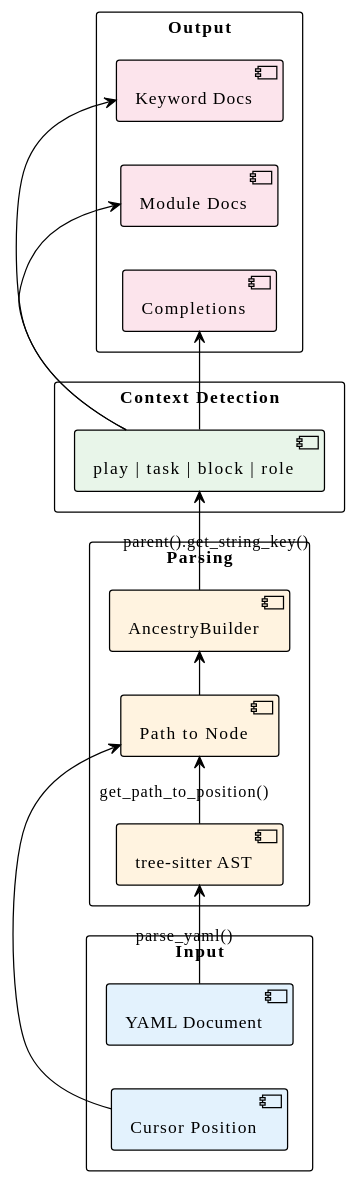
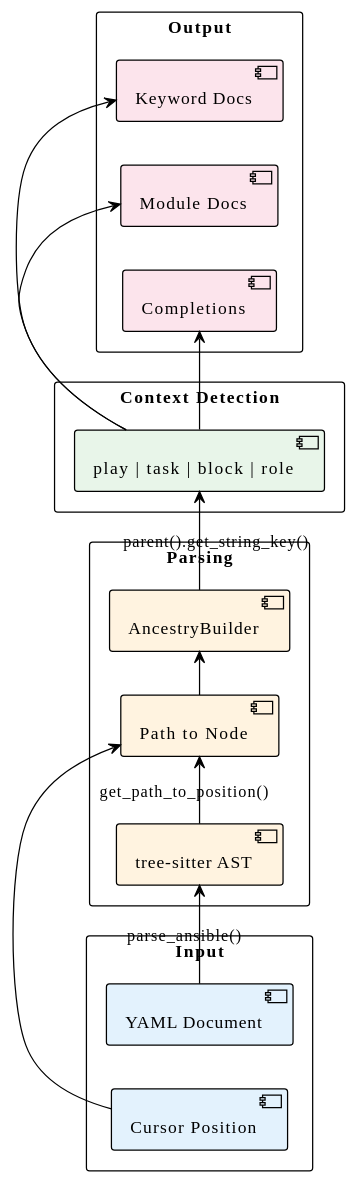
The second of 4 diagrams in ansible-language-server.org (Tremolo-Labs/ansible-language-server), drawn with PlantUML before and after one commit. The commit also changed other lines of this file and 5 other files, not shown here.

```diff
--- a/ansible-language-server.org
+++ b/ansible-language-server.org
@@ -85,37 +153,37 @@
 #+begin_src plantuml :file images/dataflow.png :exports results
 @startuml
 !theme plain
 left to right direction
 skinparam packageStyle rectangle
 
 package "Input" {
   [YAML Document] as doc #e3f2fd
   [Cursor Position] as pos #e3f2fd
 }
 
 package "Parsing" {
   [tree-sitter AST] as tree #fff3e0
   [Path to Node] as path #fff3e0
   [AncestryBuilder] as ancestry #fff3e0
 }
 
 package "Context Detection" {
   [play | task | block | role] as ctx #e8f5e9
 }
 
 package "Output" {
   [Keyword Docs] as kw #fce4ec
   [Module Docs] as mod #fce4ec
   [Completions] as comp #fce4ec
 }
 
-doc -right-> tree : parse_yaml()
+doc -right-> tree : parse_ansible()
 pos -right-> path
 tree -right-> path : get_path_to_position()
 path -right-> ancestry
 ancestry -right-> ctx : parent().get_string_key()
 ctx -right-> kw
 ctx -right-> mod
 ctx -right-> comp
 @enduml
 #+end_src
```
